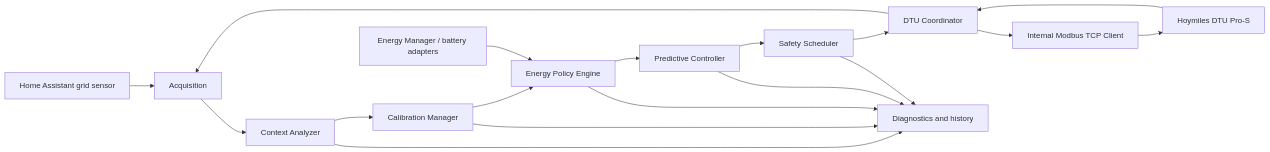
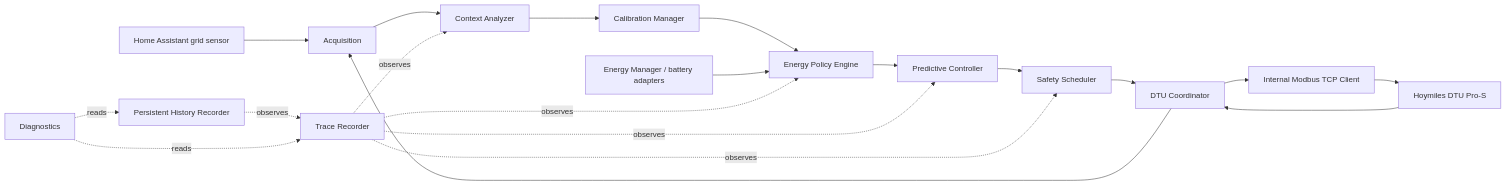
The first of 6 diagrams in docs/Architecture-Specification.md (loisonjf-tech/openems-zero-injection), drawn with Mermaid before and after one commit. The commit also changed other lines of this file and 21 other files, not shown here.

Commit message:
Simplify controller modes and add persistent history

```diff
--- a/docs/Architecture-Specification.md
+++ b/docs/Architecture-Specification.md
@@ -64,20 +64,22 @@
 ~~~mermaid
 flowchart LR
     HA["Home Assistant grid sensor"] --> A["Acquisition"]
     DTU["Hoymiles DTU Pro-S"] --> CO["DTU Coordinator"]
     CO --> A
     A --> CA["Context Analyzer"]
     CA --> CM["Calibration Manager"]
     CM --> PE["Energy Policy Engine"]
     PE --> PC["Predictive Controller"]
     PC --> SS["Safety Scheduler"]
     SS --> CO
     CO --> MC["Internal Modbus TCP Client"]
     MC --> DTU
     EM["Energy Manager / battery adapters"] --> PE
-    CA --> DIAG["Diagnostics and history"]
-    CM --> DIAG
-    PE --> DIAG
-    PC --> DIAG
-    SS --> DIAG
+    TR["Trace Recorder"] -. observes .-> CA
+    TR -. observes .-> PE
+    TR -. observes .-> PC
+    TR -. observes .-> SS
+    PH["Persistent History Recorder"] -. observes .-> TR
+    DIAG["Diagnostics"] -. reads .-> TR
+    DIAG -. reads .-> PH
 ~~~
```
